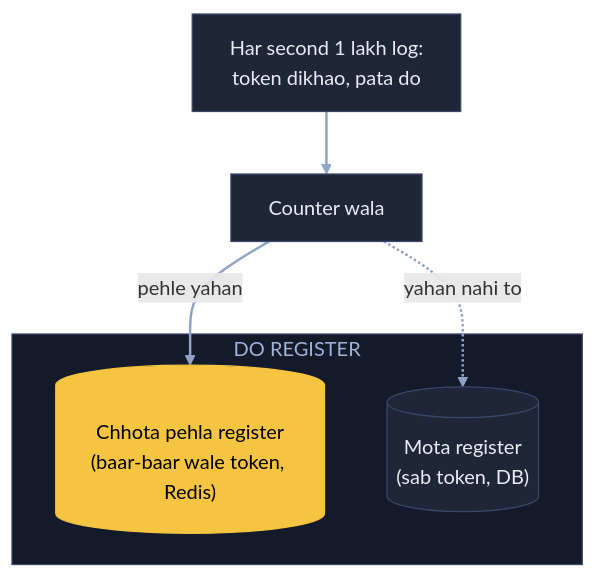
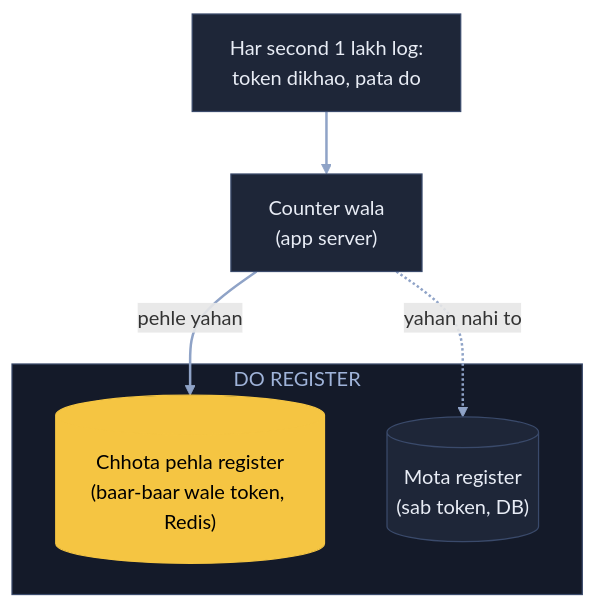
Before and after one commit to ArpanMaheshwari144/Prep: the third of 14 diagrams in 04_HLD/SYSTEM_DESIGNS/01_url_shortener/01_url_shortener.md, drawn with Mermaid. The commit also changed other lines of this file and 1 other file, not shown here.

Commit message:
URL main = hand notes + har kadam ka diagram (kahani shabd, bracket me naam); build_main.py se banti

````diff
--- a/04_HLD/SYSTEM_DESIGNS/01_url_shortener/01_url_shortener.md
+++ b/04_HLD/SYSTEM_DESIGNS/01_url_shortener/01_url_shortener.md
@@ -137,18 +126,18 @@
 ```mermaid
 flowchart TB
     U["Har second 1 lakh log:<br/>token dikhao, pata do"]:::card
-    C["Counter wala"]:::card
+    C["Counter wala<br/>(app server)"]:::card
     subgraph RG["DO REGISTER"]
         R[("Chhota pehla register<br/>(baar-baar wale token, Redis)")]:::pill
         D[("Mota register<br/>(sab token, DB)")]:::card
     end
     U --> C
     C -- "pehle yahan" --> R
     C -. "yahan nahi to" .-> D
     linkStyle default stroke:#8fa3c7,stroke-width:2px
     classDef card fill:#1e2638,stroke:#3a4a6b,color:#e8ecf5
     classDef pill fill:#f5c542,stroke:#f5c542,color:#000
     classDef good fill:#2e7d4f,stroke:#3fbf6f,color:#fff
     classDef bad fill:#5c1f24,stroke:#e05561,color:#fff
     style RG fill:#141a29,stroke:#3a4a6b,color:#9fb3d9
 ```
````
